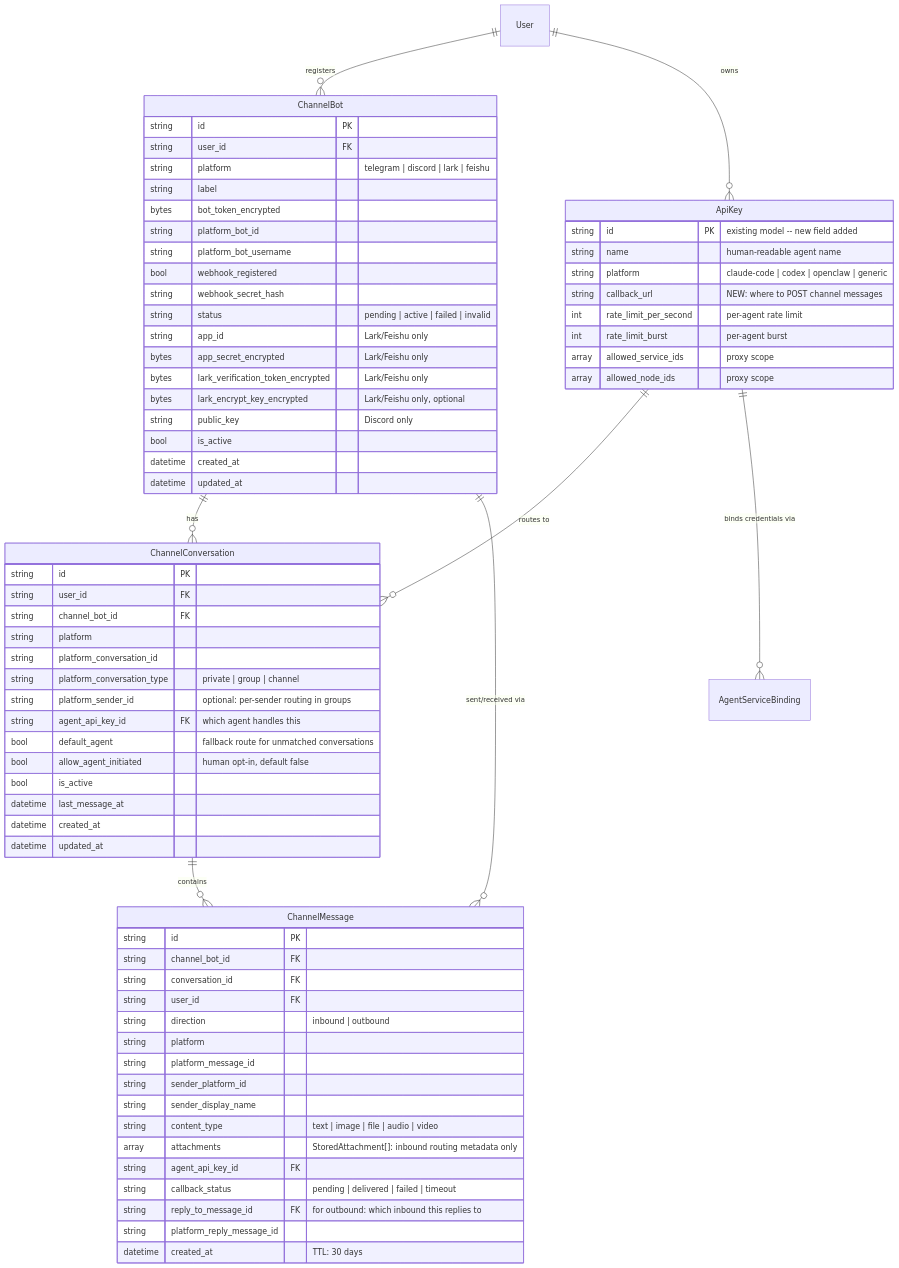
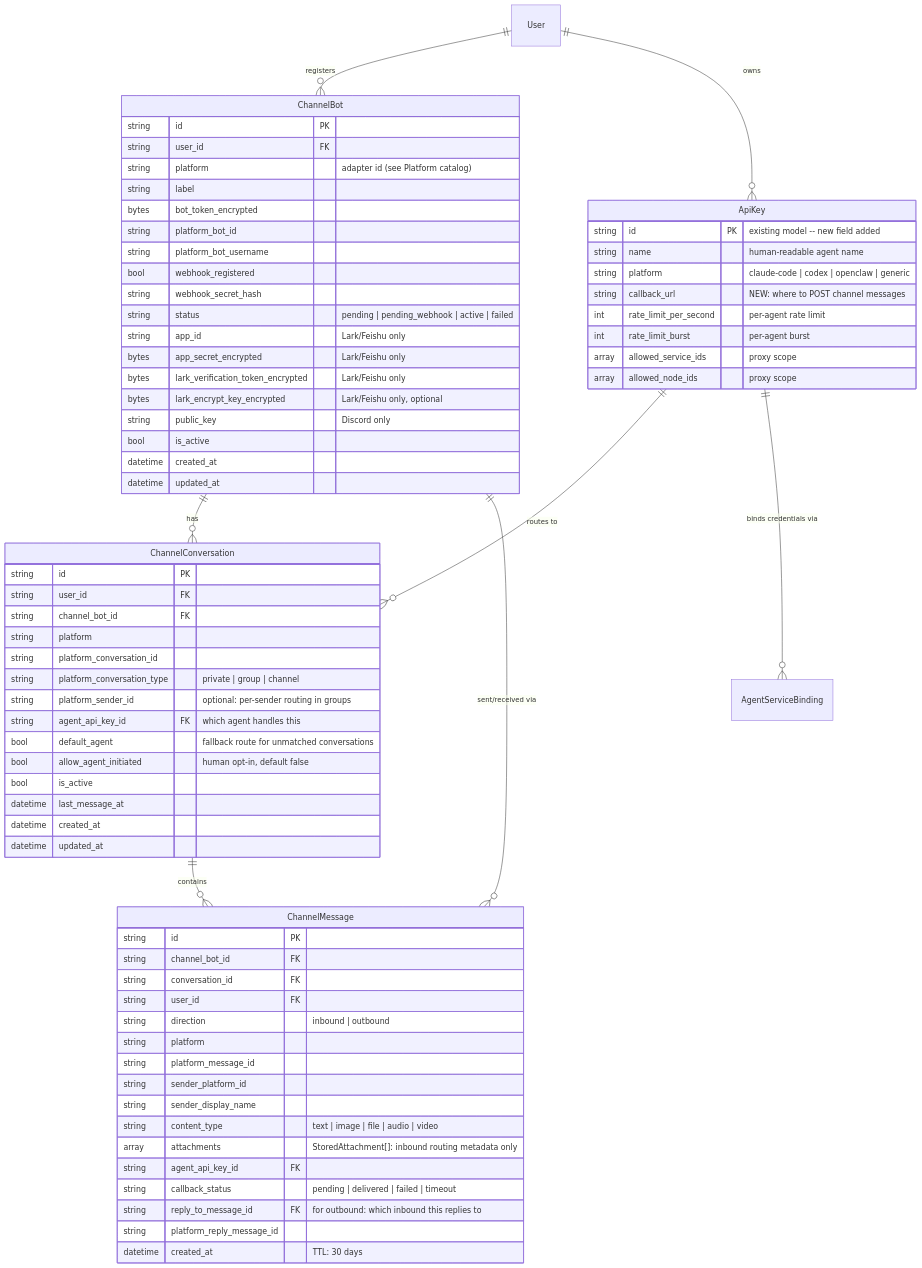
The eighth of 17 diagrams in docs/CHANNEL_BOT_RELAY.md (ChronoAIProject/NyxID), drawn with Mermaid before and after one commit. The commit also changed other lines of this file and 8 other files, not shown here.

````diff
--- a/docs/CHANNEL_BOT_RELAY.md
+++ b/docs/CHANNEL_BOT_RELAY.md
@@ -540,78 +554,78 @@
 ```mermaid
 erDiagram
     User ||--o{ ChannelBot : registers
     User ||--o{ ApiKey : owns
     ChannelBot ||--o{ ChannelConversation : has
     ApiKey ||--o{ ChannelConversation : "routes to"
     ApiKey ||--o{ AgentServiceBinding : "binds credentials via"
     ChannelConversation ||--o{ ChannelMessage : contains
     ChannelBot ||--o{ ChannelMessage : "sent/received via"
 
     ApiKey {
         string id PK "existing model -- new field added"
         string name "human-readable agent name"
         string platform "claude-code | codex | openclaw | generic"
         string callback_url "NEW: where to POST channel messages"
         int rate_limit_per_second "per-agent rate limit"
         int rate_limit_burst "per-agent burst"
         array allowed_service_ids "proxy scope"
         array allowed_node_ids "proxy scope"
     }
 
     ChannelBot {
         string id PK
         string user_id FK
-        string platform "telegram | discord | lark | feishu"
+        string platform "adapter id (see Platform catalog)"
         string label
         bytes bot_token_encrypted
         string platform_bot_id
         string platform_bot_username
         bool webhook_registered
         string webhook_secret_hash
-        string status "pending | active | failed | invalid"
+        string status "pending | pending_webhook | active | failed"
         string app_id "Lark/Feishu only"
         bytes app_secret_encrypted "Lark/Feishu only"
         bytes lark_verification_token_encrypted "Lark/Feishu only"
         bytes lark_encrypt_key_encrypted "Lark/Feishu only, optional"
         string public_key "Discord only"
         bool is_active
         datetime created_at
         datetime updated_at
     }
 
     ChannelConversation {
         string id PK
         string user_id FK
         string channel_bot_id FK
         string platform
         string platform_conversation_id
         string platform_conversation_type "private | group | channel"
         string platform_sender_id "optional: per-sender routing in groups"
         string agent_api_key_id FK "which agent handles this"
         bool default_agent "fallback route for unmatched conversations"
         bool allow_agent_initiated "human opt-in, default false"
         bool is_active
         datetime last_message_at
         datetime created_at
         datetime updated_at
     }
 
     ChannelMessage {
         string id PK
         string channel_bot_id FK
         string conversation_id FK
         string user_id FK
         string direction "inbound | outbound"
         string platform
         string platform_message_id
         string sender_platform_id
         string sender_display_name
         string content_type "text | image | file | audio | video"
         array attachments "StoredAttachment[]: inbound routing metadata only"
         string agent_api_key_id FK
         string callback_status "pending | delivered | failed | timeout"
         string reply_to_message_id FK "for outbound: which inbound this replies to"
         string platform_reply_message_id
         datetime created_at "TTL: 30 days"
     }
 ```
````
